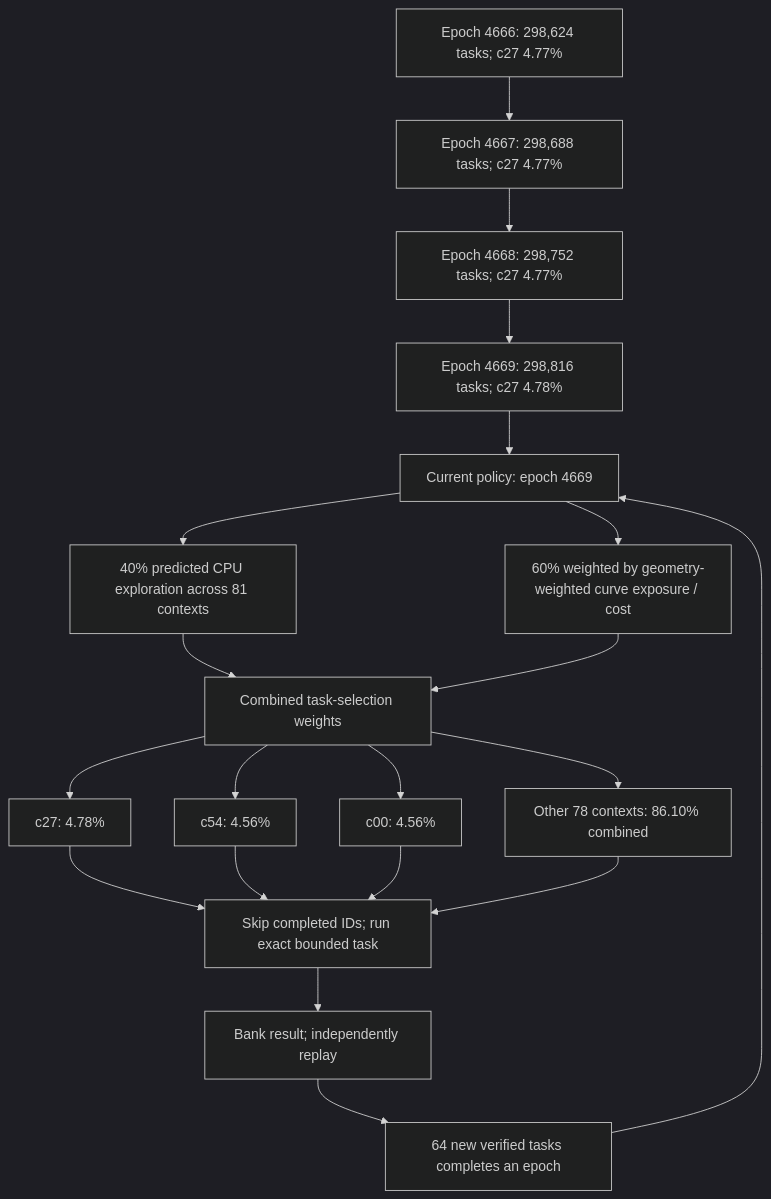
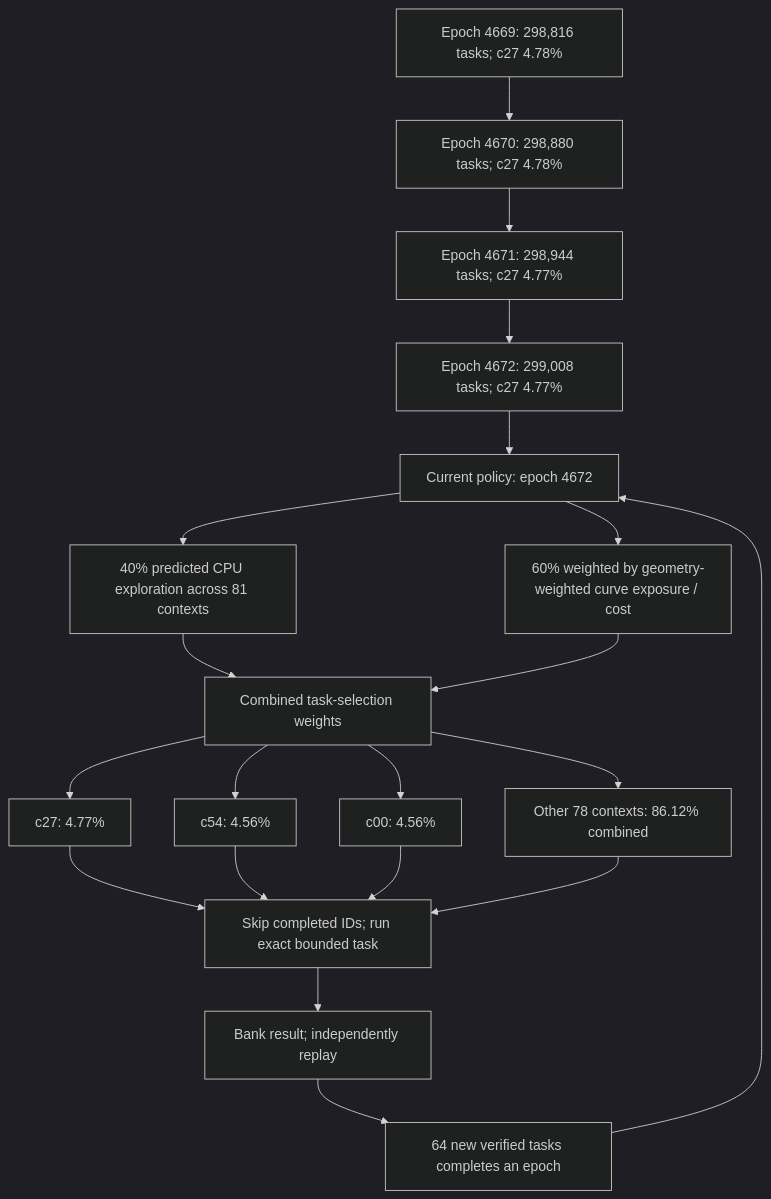
Before and after one commit to Kuberwastaken/math-gambling: the first of 3 diagrams in README.md, drawn with Mermaid (dark theme). The commit also changed other lines of this file and 527 other files, not shown here.

````diff
--- a/README.md
+++ b/README.md
@@ -60,27 +60,27 @@
 ```mermaid
 flowchart TD
-    H0["Epoch 4666: 298,624 tasks; c27 4.77%"]
-    H1["Epoch 4667: 298,688 tasks; c27 4.77%"]
+    H0["Epoch 4669: 298,816 tasks; c27 4.78%"]
+    H1["Epoch 4670: 298,880 tasks; c27 4.78%"]
     H0 --> H1
-    H2["Epoch 4668: 298,752 tasks; c27 4.77%"]
+    H2["Epoch 4671: 298,944 tasks; c27 4.77%"]
     H1 --> H2
-    H3["Epoch 4669: 298,816 tasks; c27 4.78%"]
+    H3["Epoch 4672: 299,008 tasks; c27 4.77%"]
     H2 --> H3
-    Policy["Current policy: epoch 4669"]
+    Policy["Current policy: epoch 4672"]
     H3 --> Policy
     Policy --> Explore["40% predicted CPU exploration across 81 contexts"]
     Policy --> Cost["60% weighted by geometry-weighted curve exposure / cost"]
     Explore --> Mix["Combined task-selection weights"]
     Cost --> Mix
-    Mix --> C0["c27: 4.78%"]
+    Mix --> C0["c27: 4.77%"]
     Mix --> C1["c54: 4.56%"]
     Mix --> C2["c00: 4.56%"]
-    Mix --> Rest["Other 78 contexts: 86.10% combined"]
+    Mix --> Rest["Other 78 contexts: 86.12% combined"]
     C0 --> Check["Skip completed IDs; run exact bounded task"]
     C1 --> Check
     C2 --> Check
     Rest --> Check
     Check --> Replay["Bank result; independently replay"]
     Replay --> Gate["64 new verified tasks completes an epoch"]
     Gate --> Policy
 ```
````
